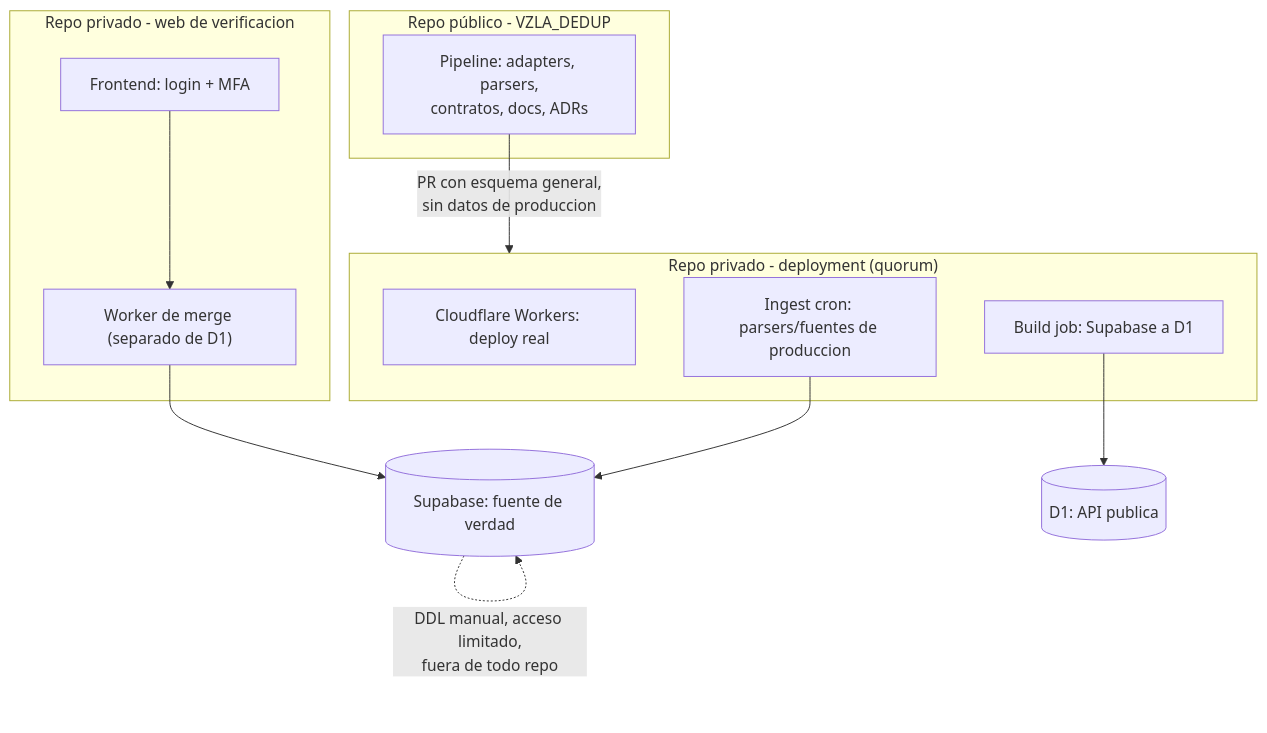
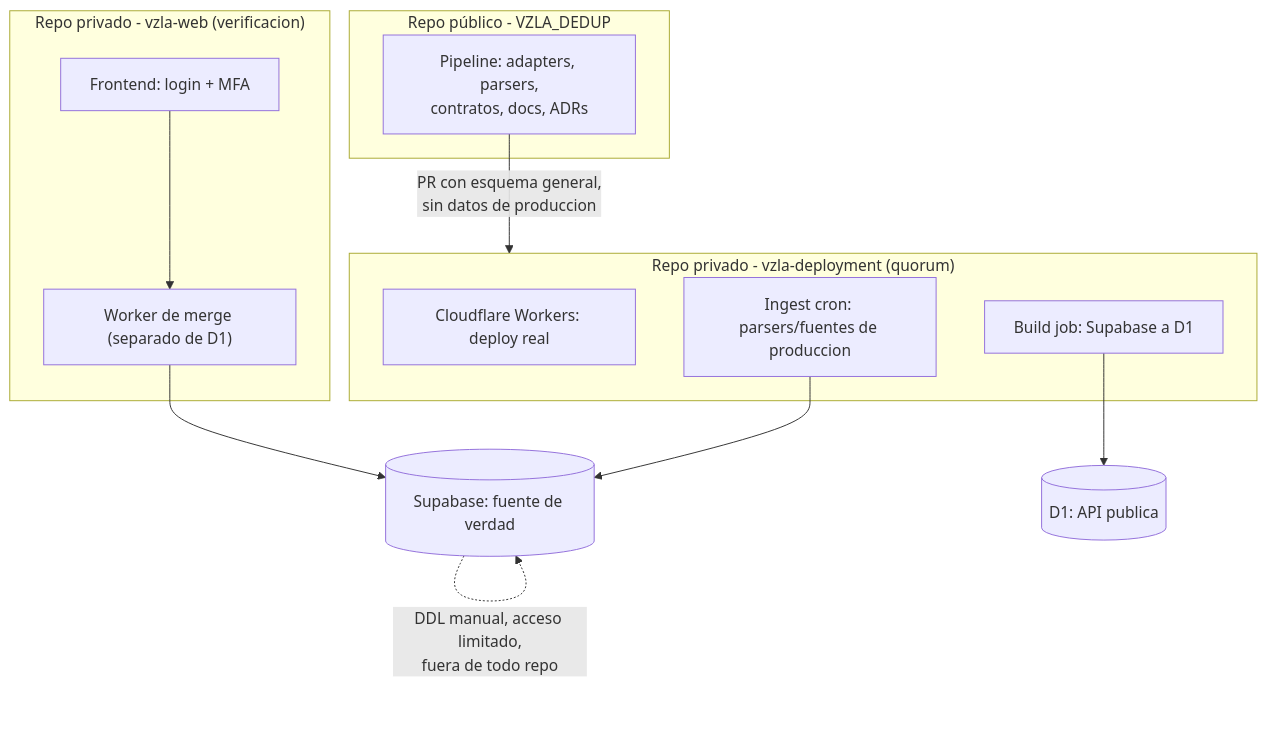
Before and after one commit to DataVenezuela/VenezuelaDataCrisis: the first of 2 diagrams in docs/adr/0003-reestructuracion-repos-deployment.md, drawn with Mermaid. The commit also changed other lines of this file, not shown here.

````diff
--- a/docs/adr/0003-reestructuracion-repos-deployment.md
+++ b/docs/adr/0003-reestructuracion-repos-deployment.md
@@ -111,24 +122,24 @@
 ```mermaid
 flowchart TD
     subgraph publico["Repo público - VZLA_DEDUP"]
         PIPE["Pipeline: adapters, parsers,\ncontratos, docs, ADRs"]
     end
 
-    subgraph deploy["Repo privado - deployment (quorum)"]
+    subgraph deploy["Repo privado - vzla-deployment (quorum)"]
         WK["Cloudflare Workers: deploy real"]
         ING["Ingest cron: parsers/fuentes de produccion"]
         BUILD["Build job: Supabase a D1"]
     end
 
-    subgraph web["Repo privado - web de verificacion"]
+    subgraph web["Repo privado - vzla-web (verificacion)"]
         UI["Frontend: login + MFA"]
         MW["Worker de merge (separado de D1)"]
     end
 
     PIPE -->|"PR con esquema general,\nsin datos de produccion"| deploy
     ING --> SB[("Supabase: fuente de verdad")]
     BUILD --> D1[("D1: API publica")]
     UI --> MW
     MW --> SB
     SB -.->|"DDL manual, acceso limitado,\nfuera de todo repo"| SB
 ```
````
